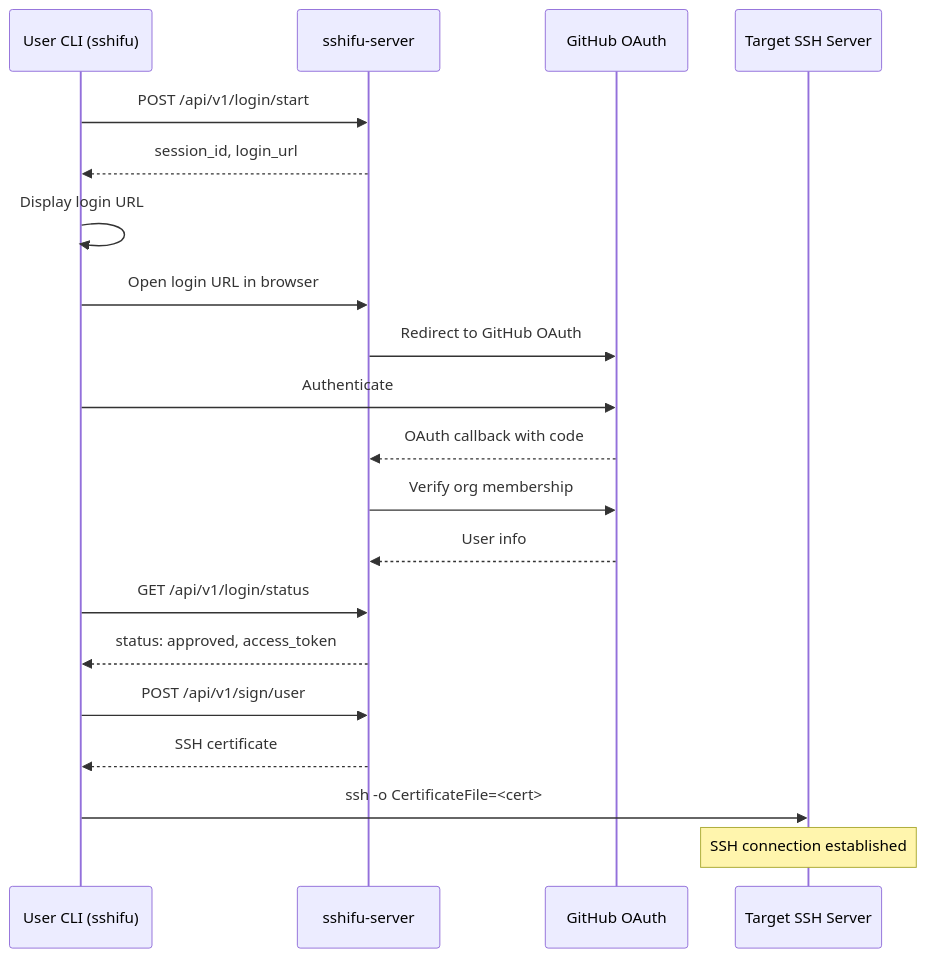
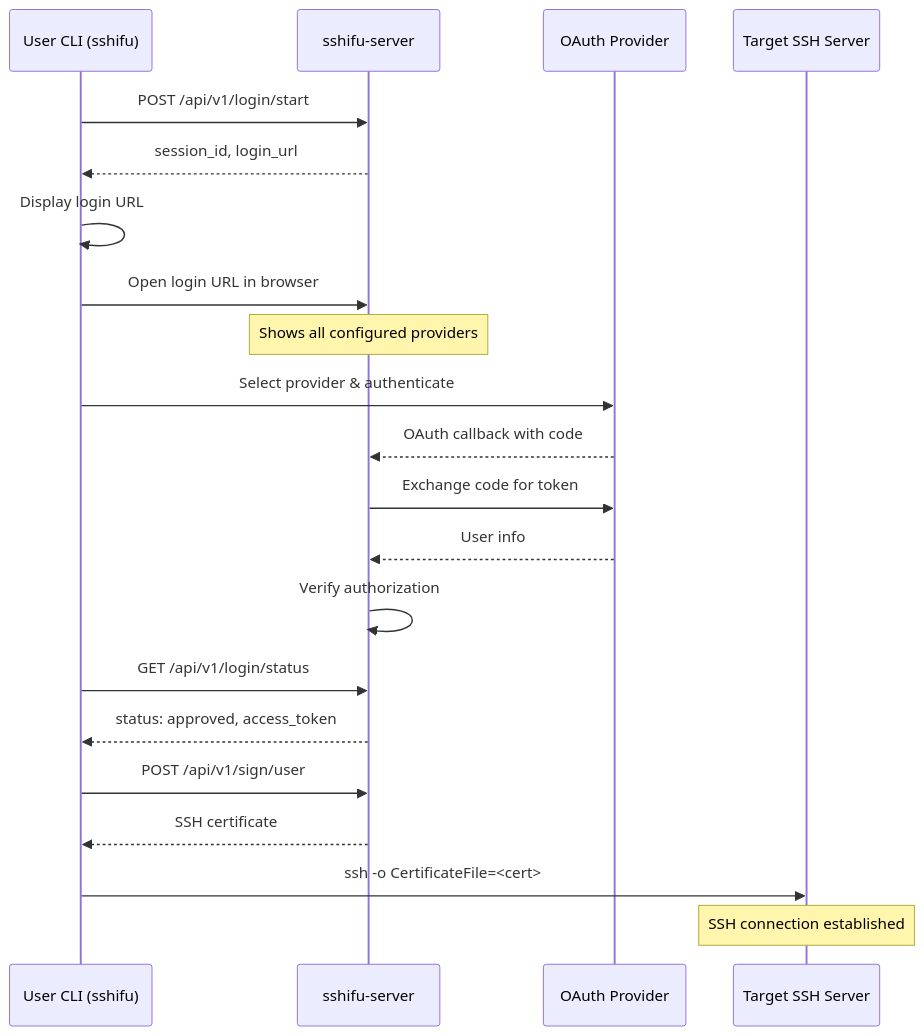
One commit to azophy/sshifu changed the diagram in README.md. Above: the diagram before and after it, drawn with Mermaid. The commit also changed other lines of this file and 2 other files, not shown here.

Commit message:
docs: add comprehensive OAuth provider configuration guide
- Create docs/guides/oauth-providers.md with detailed OAuth flow documentation
- Document GitHub and OIDC provider setup
- Add multiple provider configuration examples
- Explain state parameter encoding for provider detection
- Include troubleshooting section
- Update README.md to mention OIDC support
- Update configuration.md to reflect multi-provider support
- Add OAuth flow diagram to README

````diff
--- a/README.md
+++ b/README.md
@@ -141,23 +143,24 @@
 ```mermaid
 sequenceDiagram
     participant User as User CLI (sshifu)
     participant Server as sshifu-server
-    participant GitHub as GitHub OAuth
+    participant Provider as OAuth Provider
     participant SSH as Target SSH Server
 
     User->>Server: POST /api/v1/login/start
     Server-->>User: session_id, login_url
     User->>User: Display login URL
     User->>Server: Open login URL in browser
-    Server->>GitHub: Redirect to GitHub OAuth
-    User->>GitHub: Authenticate
-    GitHub-->>Server: OAuth callback with code
-    Server->>GitHub: Verify org membership
-    GitHub-->>Server: User info
+    Note over Server: Shows all configured providers
+    User->>Provider: Select provider & authenticate
+    Provider-->>Server: OAuth callback with code
+    Server->>Provider: Exchange code for token
+    Provider-->>Server: User info
+    Server->>Server: Verify authorization
     User->>Server: GET /api/v1/login/status
     Server-->>User: status: approved, access_token
     User->>Server: POST /api/v1/sign/user
     Server-->>User: SSH certificate
     User->>SSH: ssh -o CertificateFile=<cert>
     Note over SSH: SSH connection established
 ```
````
